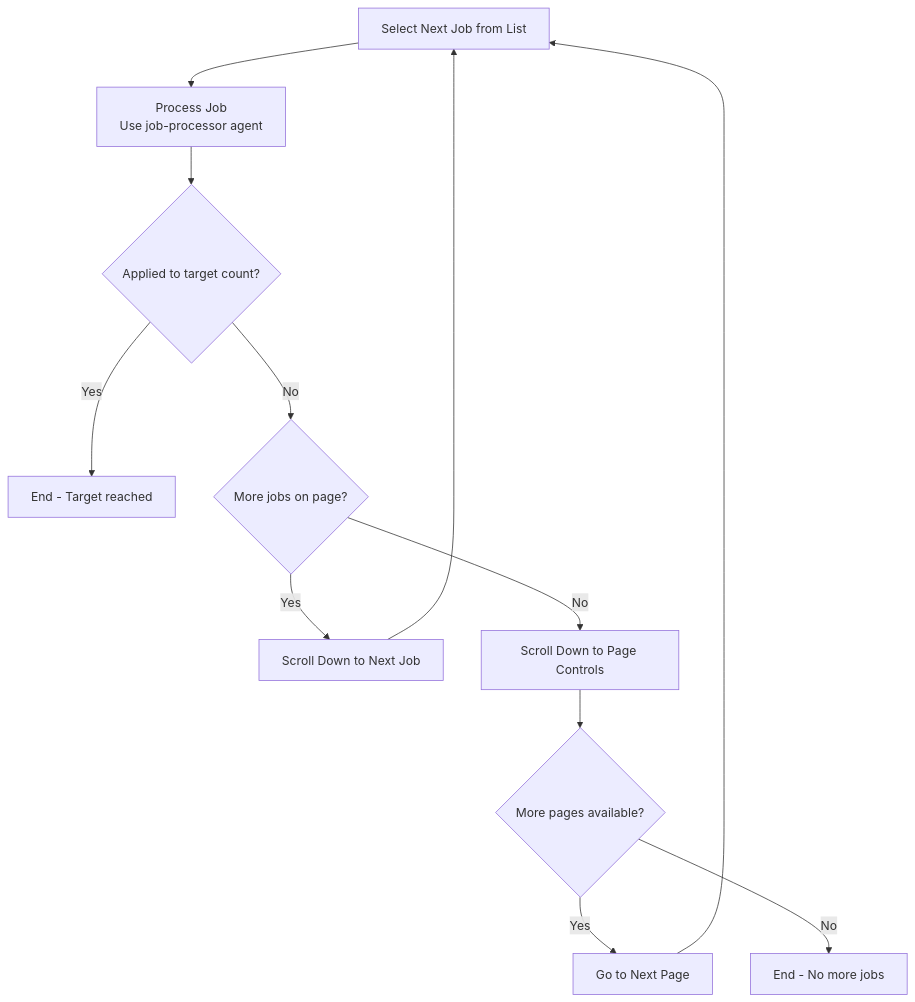
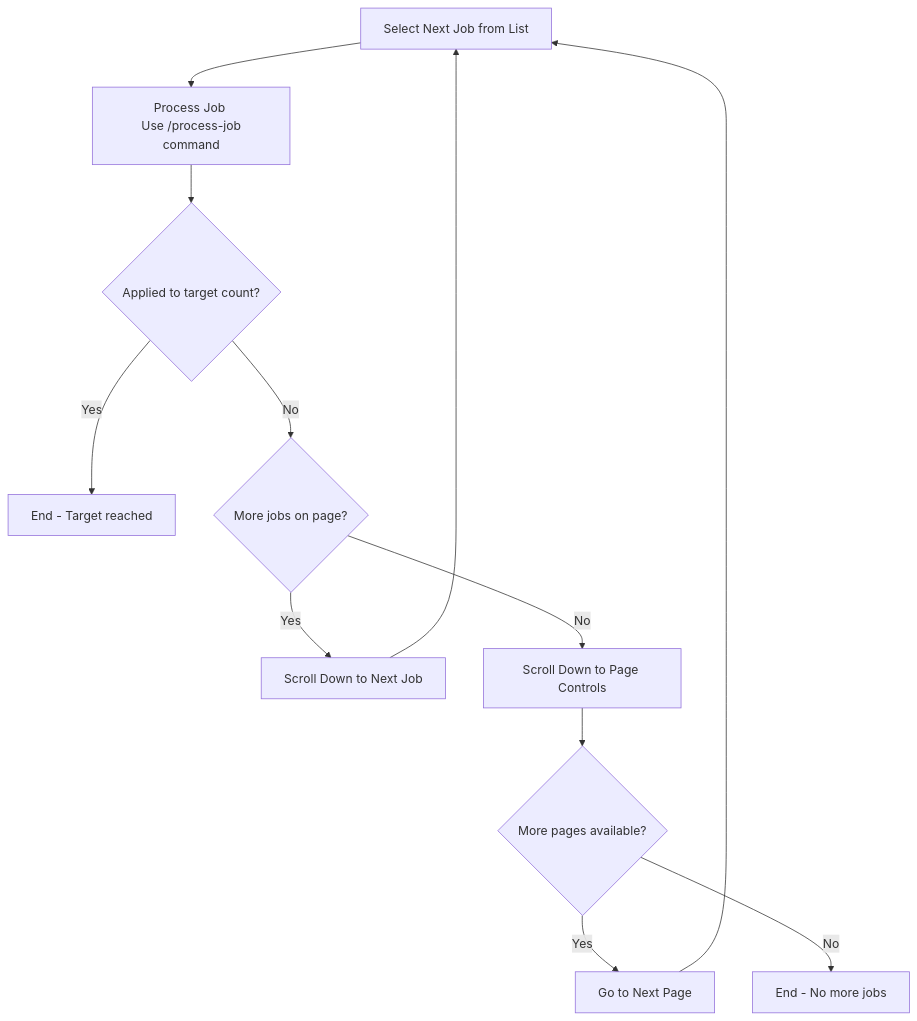
The diagram in .claude/commands/browse-apply-jobs.md (o2alexanderfedin/linkedin-job-automation), drawn with Mermaid before and after one commit. The commit also changed other lines of this file and 16 other files, not shown here.

First line of the commit message:
Restructure LinkedIn automation with modular command architecture

````diff
--- a/.claude/commands/browse-apply-jobs.md
+++ b/.claude/commands/browse-apply-jobs.md
@@ -30,14 +30,14 @@
 ```mermaid
 flowchart TD
-    A[Select Next Job from List] --> B["Process Job <br/> Use job-processor agent"]
+    A[Select Next Job from List] --> B["Process Job <br/> Use /process-job command"]
     B --> C{Applied to target count?}
     C -->|Yes| D[End - Target reached]
     C -->|No| E{More jobs on page?}
     E -->|Yes| F[Scroll Down to Next Job]
     F --> A
     E -->|No| G[Scroll Down to Page Controls]
     G --> H{More pages available?}
     H -->|Yes| I[Go to Next Page]
     I --> A
     H -->|No| J[End - No more jobs]
 ```
````
